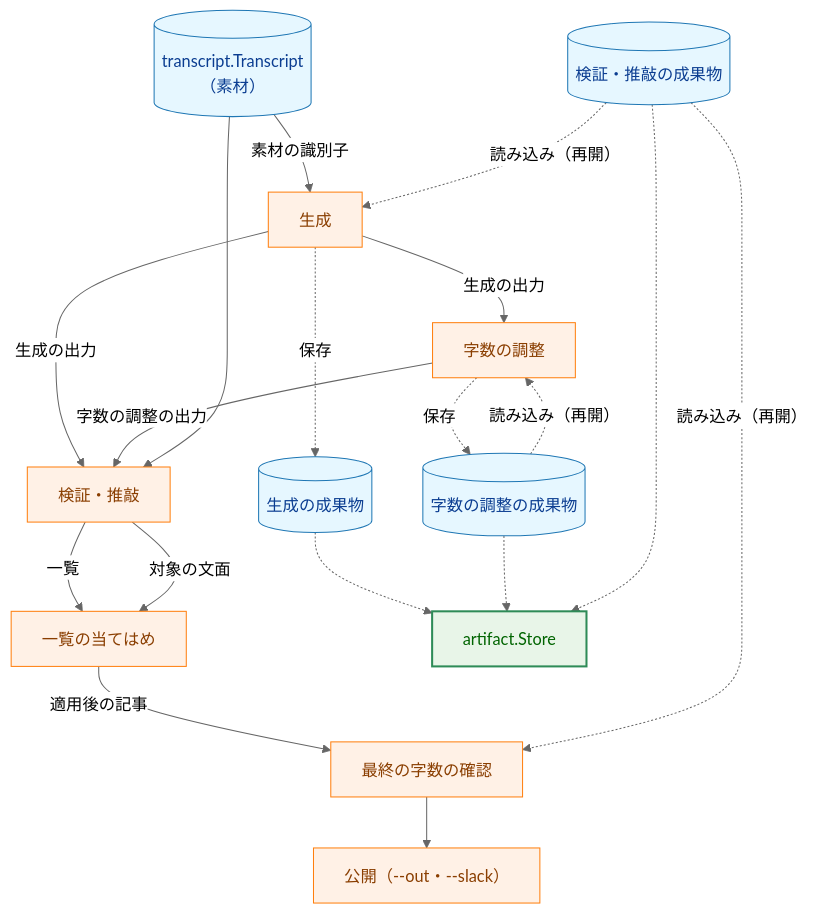
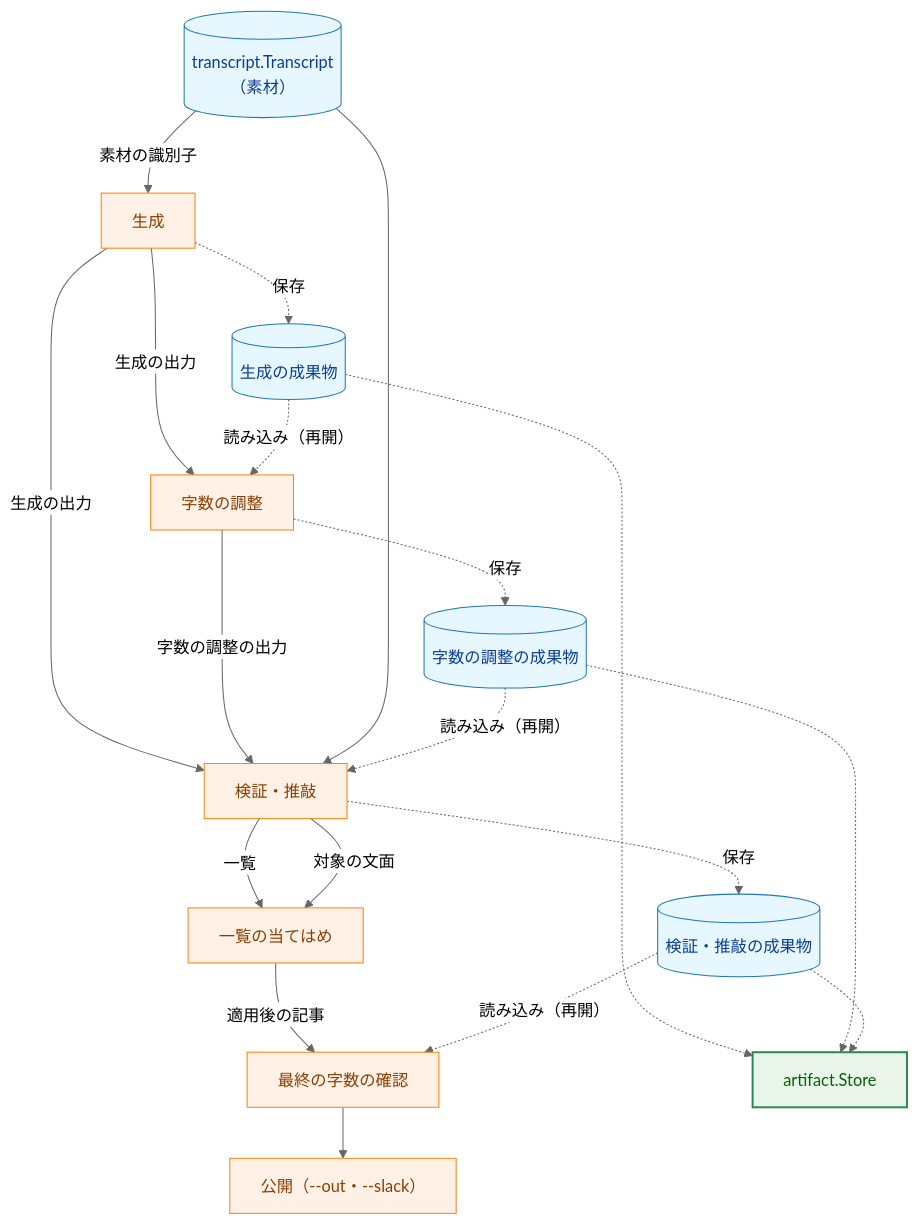
One commit to isseis/yt2column changed the first of 10 diagrams in docs/tasks/0017_intermediate_artifacts/02_architecture.md. Above: the diagram before and after it, drawn with Mermaid (neutral theme). The commit also changed other lines of this file, not shown here.

First line of the commit message:
docs(0017): fix design defects found in review of the architecture

````diff
--- a/docs/tasks/0017_intermediate_artifacts/02_architecture.md
+++ b/docs/tasks/0017_intermediate_artifacts/02_architecture.md
@@ -35,40 +35,41 @@
 ```mermaid
 flowchart TB
     classDef data fill:#e6f7ff,stroke:#1f77b4,stroke-width:1px,color:#0b3d91;
     classDef process fill:#fff1e6,stroke:#ff7f0e,stroke-width:1px,color:#8a3e00;
     classDef enhanced fill:#e8f5e8,stroke:#2e8b57,stroke-width:2px,color:#006400;
 
     T[("transcript.Transcript<br>（素材）")]
     GEN["生成"]
     SHORT["字数の調整"]
     REV["検証・推敲"]
     APPLY["一覧の当てはめ"]
     FINAL["最終の字数の確認"]
     PUB["公開（--out・--slack）"]
     STORE["artifact.Store"]
     G1[("生成の成果物")]
     S1[("字数の調整の成果物")]
     R1[("検証・推敲の成果物")]
 
     T -->|"素材の識別子"| GEN
     GEN -->|"生成の出力"| SHORT
     GEN -->|"生成の出力"| REV
     SHORT -->|"字数の調整の出力"| REV
     T --> REV
     REV -->|"一覧"| APPLY
     REV -->|"対象の文面"| APPLY
     APPLY -->|"適用後の記事"| FINAL
     FINAL --> PUB
     GEN -.->|"保存"| G1
     SHORT -.->|"保存"| S1
-    R1 -.->|"読み込み（再開）"| GEN
-    S1 -.->|"読み込み（再開）"| SHORT
+    REV -.->|"保存"| R1
+    G1 -.->|"読み込み（再開）"| SHORT
+    S1 -.->|"読み込み（再開）"| REV
     R1 -.->|"読み込み（再開）"| FINAL
     G1 -.-> STORE
     S1 -.-> STORE
     R1 -.-> STORE
 
     class T,G1,S1,R1 data
     class GEN,SHORT,REV,APPLY,FINAL,PUB process
     class STORE enhanced
 ```
````
